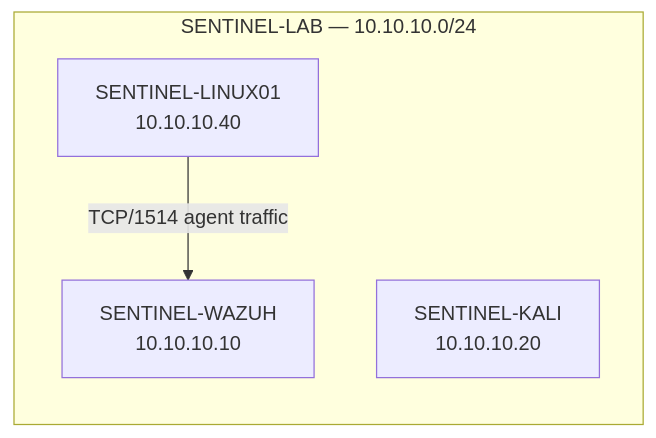
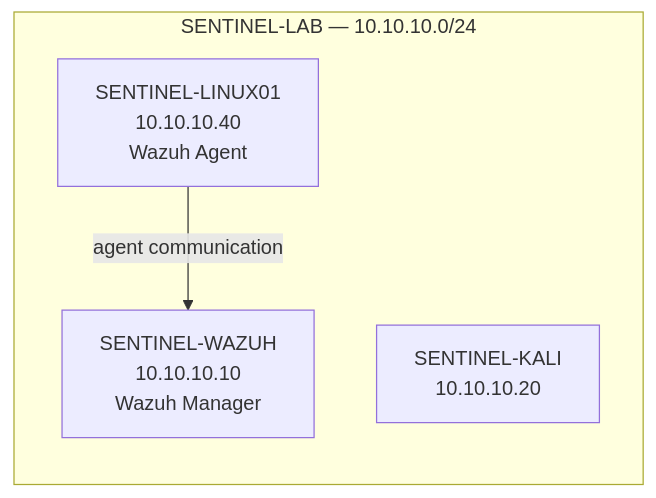
One commit to andyydz/sentinel-soc-lab changed the diagram in evidence/v0.2/wazuh-linux01-integration.md. Above: the diagram before and after it, drawn with Mermaid. The commit also changed other lines of this file, not shown here.

````diff
--- a/evidence/v0.2/wazuh-linux01-integration.md
+++ b/evidence/v0.2/wazuh-linux01-integration.md
@@ -54,9 +19,9 @@
 ```mermaid
 flowchart LR
     subgraph LAB["SENTINEL-LAB — 10.10.10.0/24"]
-        L["SENTINEL-LINUX01<br/>10.10.10.40"]
-        W["SENTINEL-WAZUH<br/>10.10.10.10"]
+        L["SENTINEL-LINUX01<br/>10.10.10.40<br/>Wazuh Agent"]
+        W["SENTINEL-WAZUH<br/>10.10.10.10<br/>Wazuh Manager"]
         K["SENTINEL-KALI<br/>10.10.10.20"]
     end
-    L -->|TCP/1514 agent traffic| W
+    L -->|agent communication| W
 ```
````
